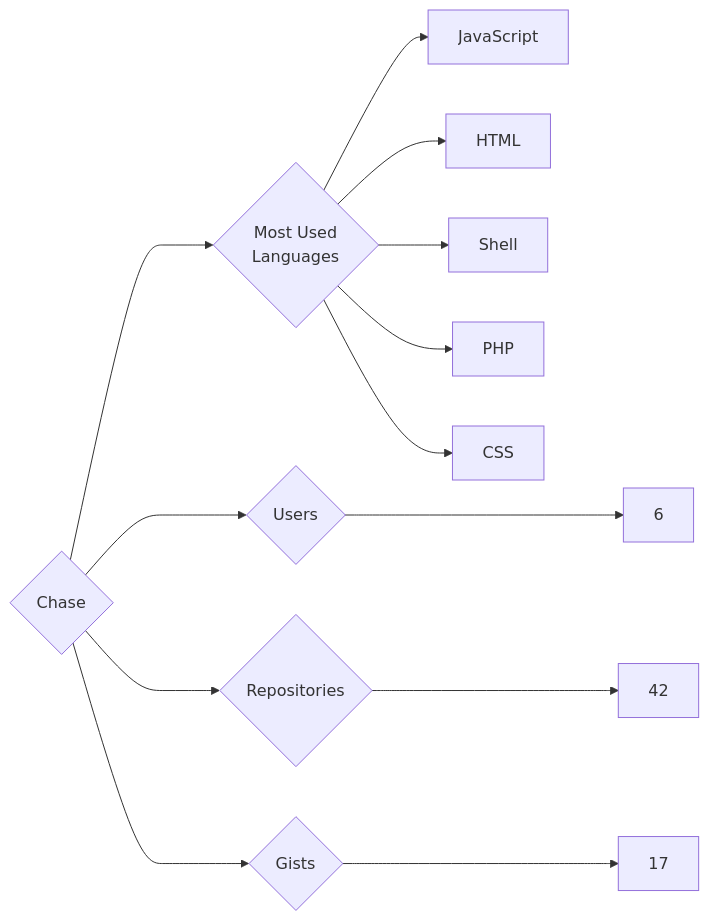
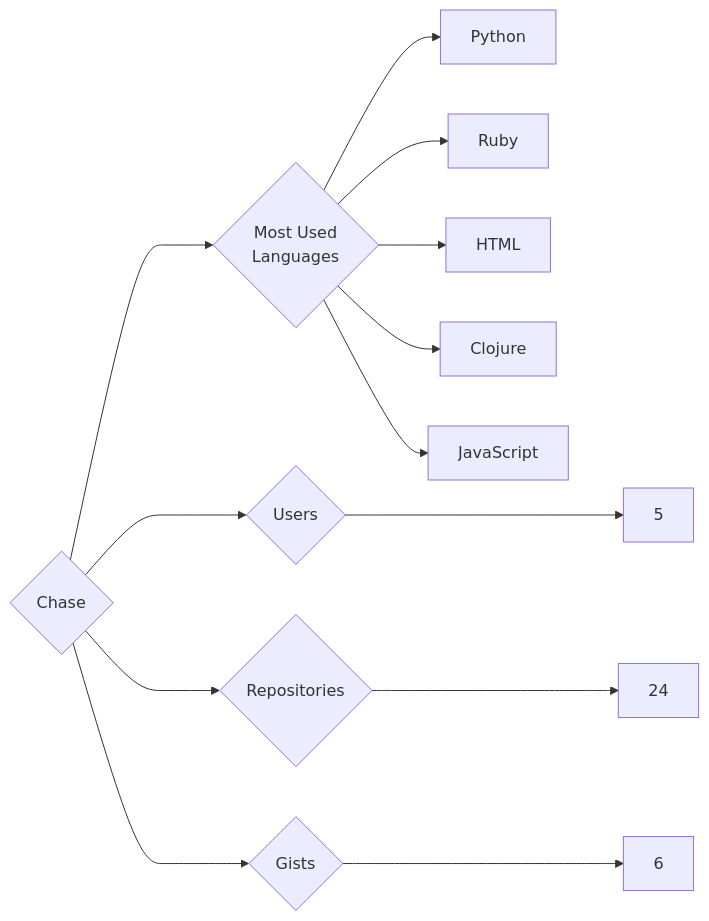
One commit to trickest/insiders changed the diagram in targets/Chase/README.md. Above: the diagram before and after it, drawn with Mermaid. The commit also changed 1170 other files, not shown here.

````diff
--- a/targets/Chase/README.md
+++ b/targets/Chase/README.md
@@ -3,13 +3,13 @@
 ```mermaid
 graph LR
 COMPANY_NAME{Chase}
-COMPANY_NAME ---> U{Users} ---> UN[6]
-COMPANY_NAME ---> R{Repositories} ---> RN[42]
-COMPANY_NAME ---> G{Gists} ---> GN[17]
+COMPANY_NAME ---> U{Users} ---> UN[5]
+COMPANY_NAME ---> R{Repositories} ---> RN[24]
+COMPANY_NAME ---> G{Gists} ---> GN[6]
 COMPANY_NAME ---> ML{Most Used<br>Languages}
+ML --> Python[Python]
+ML --> Ruby[Ruby]
+ML --> HTML[HTML]
+ML --> Clojure[Clojure]
 ML --> JavaScript[JavaScript]
-ML --> HTML[HTML]
-ML --> Shell[Shell]
-ML --> PHP[PHP]
-ML --> CSS[CSS]
 ```
````
